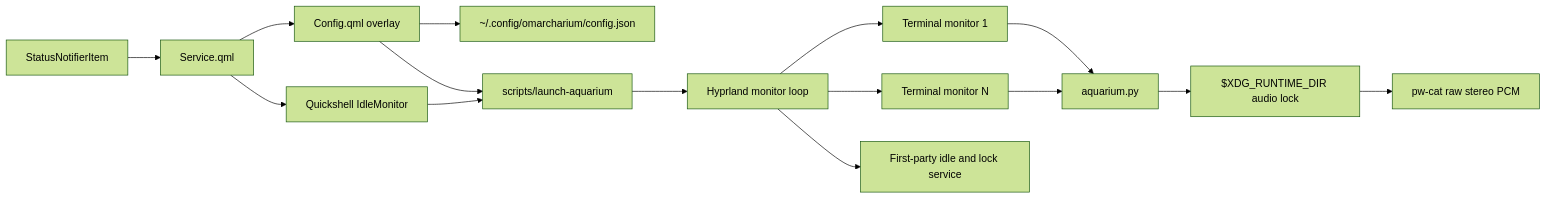
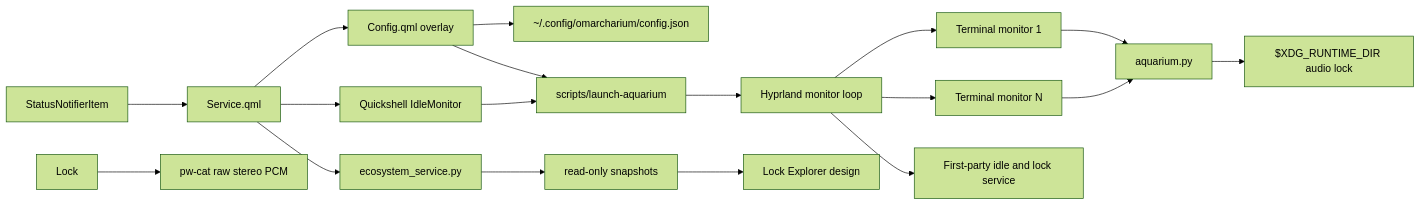
Before and after one commit to kilatev/omarcharium: the diagram in docs/ARCHITECTURE.md, drawn with Mermaid (forest theme). The commit also changed other lines of this file and 3 other files, not shown here.

````diff
--- a/docs/ARCHITECTURE.md
+++ b/docs/ARCHITECTURE.md
@@ -5,17 +5,20 @@
 ```mermaid
 flowchart LR
     Tray[StatusNotifierItem] --> Service[Service.qml]
     Service --> Config[Config.qml overlay]
     Service --> Idle[Quickshell IdleMonitor]
     Config --> JSON[~/.config/omarcharium/config.json]
     Idle --> Launcher[scripts/launch-aquarium]
     Config --> Launcher
     Launcher --> H[Hyprland monitor loop]
     H --> T1[Terminal monitor 1]
     H --> T2[Terminal monitor N]
     T1 --> Renderer[aquarium.py]
     T2 --> Renderer
-    Renderer --> Lock[$XDG_RUNTIME_DIR audio lock]
+    Service --> Eco[ecosystem_service.py]
+    Eco --> Snapshot[read-only snapshots]
+    Snapshot --> LockSurface[Lock Explorer design]
+    Renderer --> AudioLock[$XDG_RUNTIME_DIR audio lock]
     Lock --> PipeWire[pw-cat raw stereo PCM]
     H --> OmarchyIdle[First-party idle and lock service]
 ```
````
